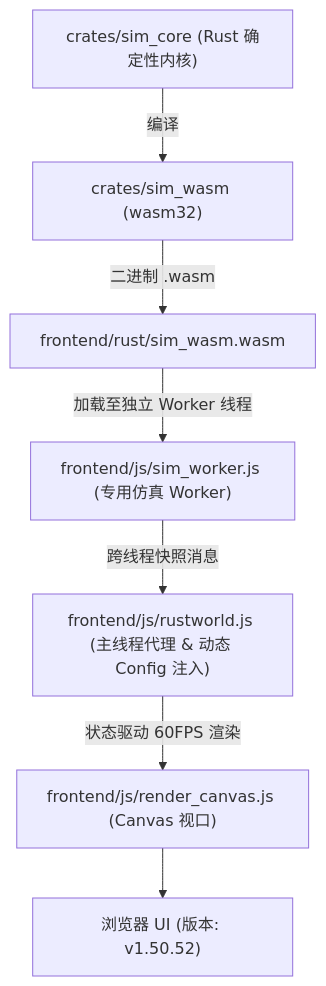
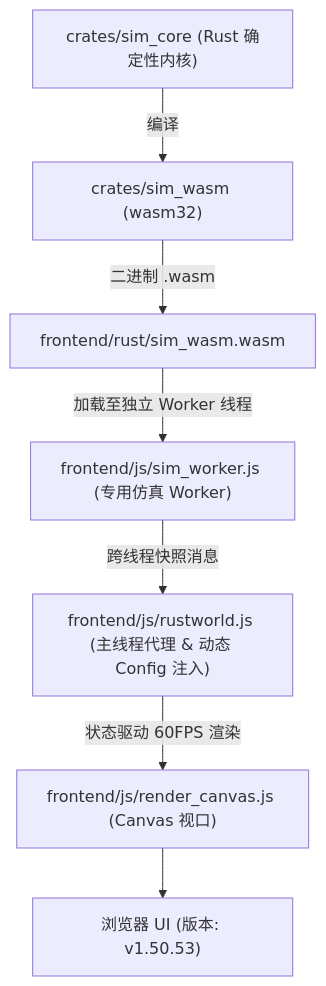
The diagram in AGENTS.md (g39088902/FlowAndAccord), drawn with Mermaid before and after one commit. The commit also changed other lines of this file and 23 other files, not shown here.

````diff
--- a/AGENTS.md
+++ b/AGENTS.md
@@ -61,10 +61,10 @@
 ```mermaid
 graph TD
     A["crates/sim_core (Rust 确定性内核)"] -->|编译| B["crates/sim_wasm (wasm32)"]
     B -->|二进制 .wasm| C["frontend/rust/sim_wasm.wasm"]
     C -->|加载至独立 Worker 线程| D["frontend/js/sim_worker.js (专用仿真 Worker)"]
     D -->|跨线程快照消息| E["frontend/js/rustworld.js (主线程代理 & 动态 Config 注入)"]
     E -->|状态驱动 60FPS 渲染| F["frontend/js/render_canvas.js (Canvas 视口)"]
-    F --> G["浏览器 UI (版本: v1.50.52)"]
+    F --> G["浏览器 UI (版本: v1.50.53)"]
 
 ```
````
